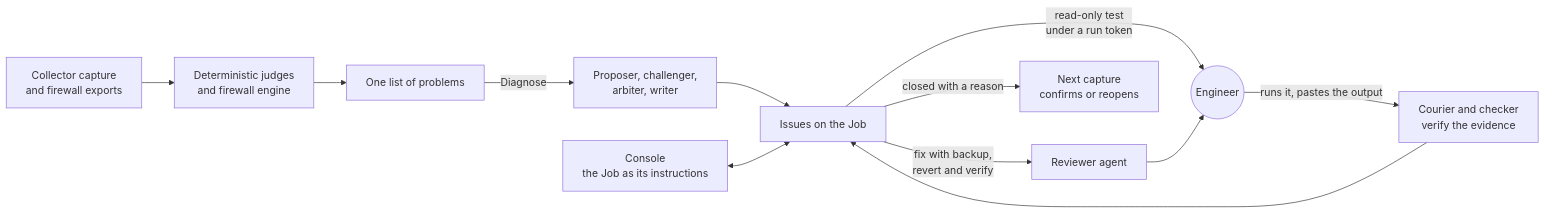
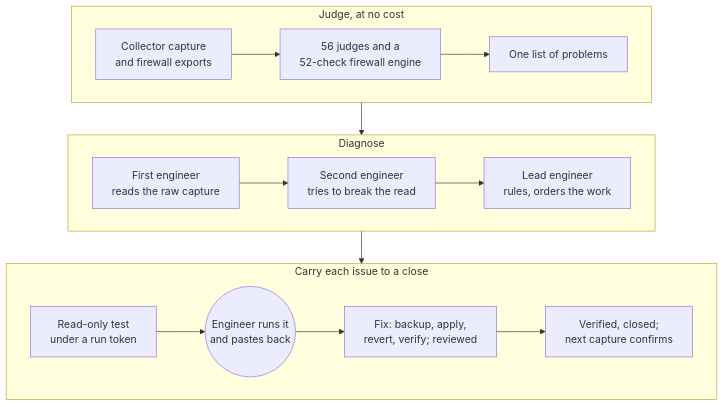
The diagram in README.md (RyanH-sudo/ninjatoolkit-case-study), drawn with Mermaid before and after one commit. The commit also changed other lines of this file and 2 other files, not shown here.

````diff
--- a/README.md
+++ b/README.md
@@ -43,14 +45,16 @@
 ```mermaid
-flowchart LR
-    IN["Collector capture<br/>and firewall exports"] --> JD["Deterministic judges<br/>and firewall engine"]
-    JD --> PB["One list of problems"]
-    PB -->|"Diagnose"| AR["Proposer, challenger,<br/>arbiter, writer"]
-    AR --> IS["Issues on the Job"]
-    CO["Console<br/>the Job as its instructions"] <--> IS
-    IS -->|"read-only test<br/>under a run token"| EN(("Engineer"))
-    IS -->|"fix with backup,<br/>revert and verify"| RV["Reviewer agent"]
-    RV --> EN
-    EN -->|"runs it, pastes the output"| CK["Courier and checker<br/>verify the evidence"]
-    CK --> IS
-    IS -->|"closed with a reason"| RC["Next capture<br/>confirms or reopens"]
+flowchart TB
+    subgraph JUDGE["Judge, at no cost"]
+        direction LR
+        IN["Collector capture<br/>and firewall exports"] --> JD["56 judges and a<br/>52-check firewall engine"] --> PB["One list of problems"]
+    end
+    subgraph DIAGNOSE["Diagnose"]
+        direction LR
+        P["First engineer<br/>reads the raw capture"] --> C["Second engineer<br/>tries to break the read"] --> R["Lead engineer<br/>rules, orders the work"]
+    end
+    subgraph CLOSE["Carry each issue to a close"]
+        direction LR
+        T["Read-only test<br/>under a run token"] --> EN(("Engineer runs it<br/>and pastes back")) --> F["Fix: backup, apply,<br/>revert, verify; reviewed"] --> V["Verified, closed;<br/>next capture confirms"]
+    end
+    JUDGE --> DIAGNOSE --> CLOSE
 ```
````
